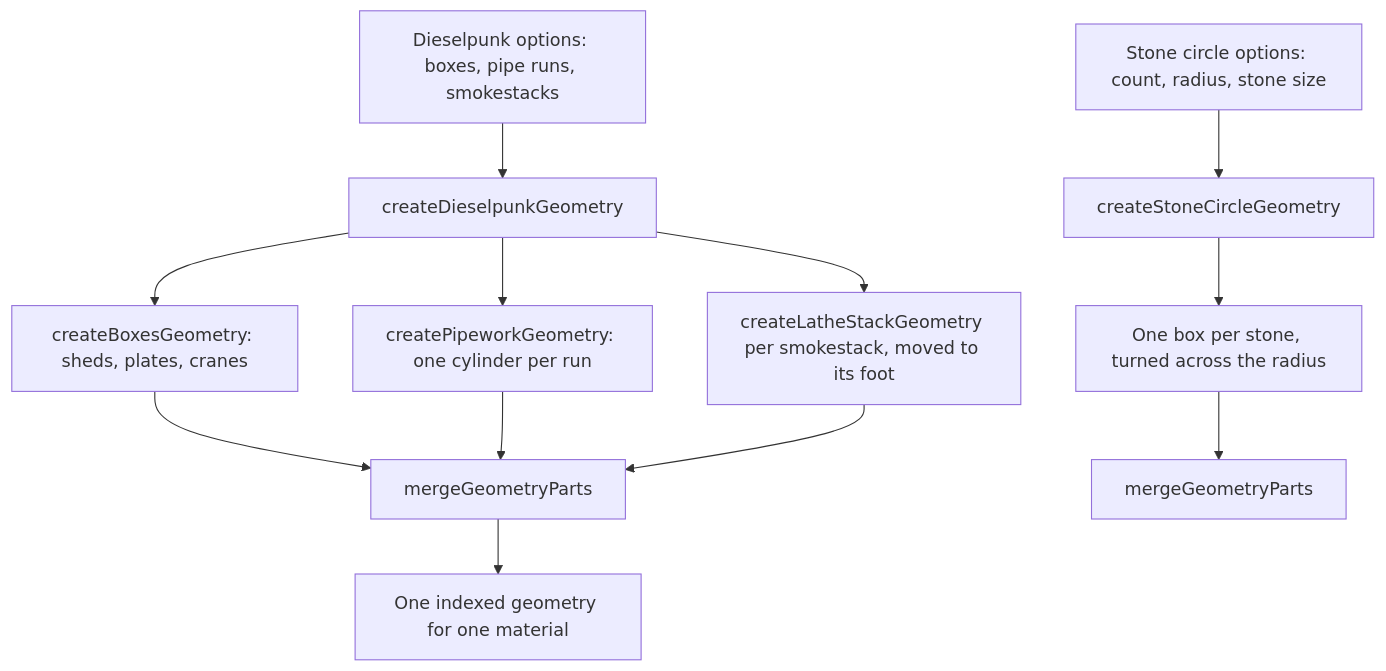
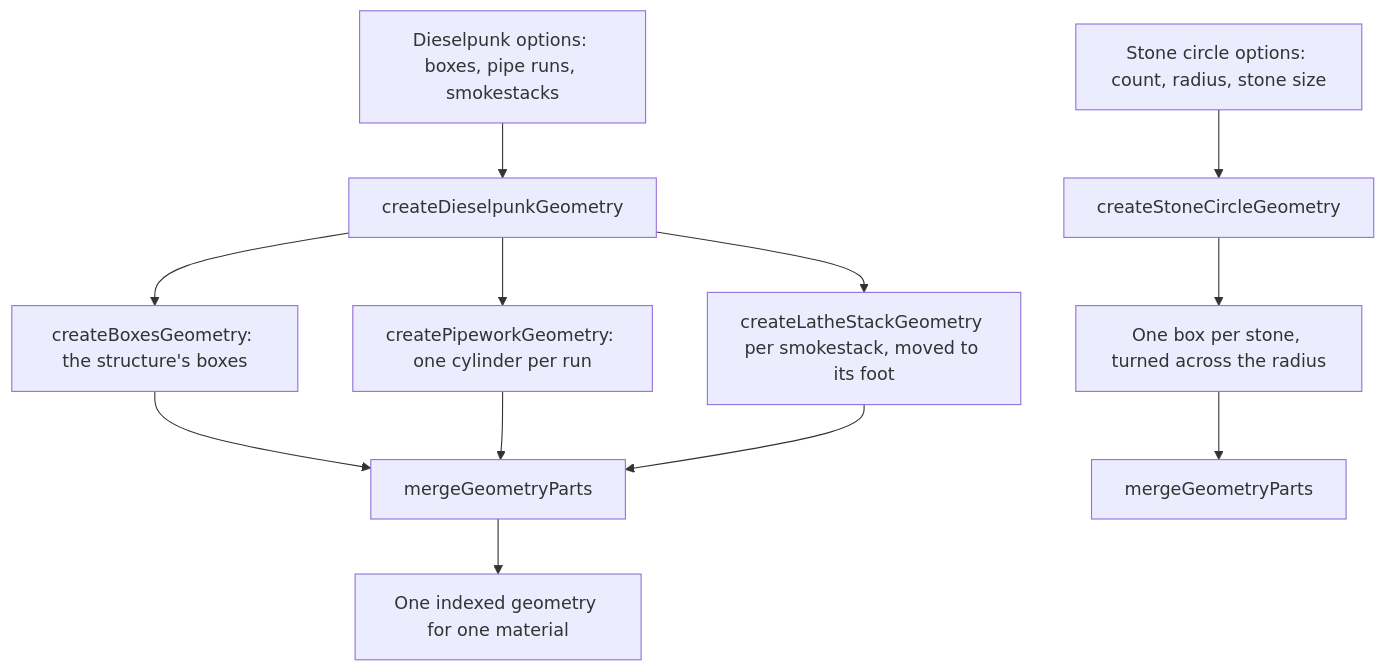
Before and after one commit to Esposter/Esposter: the diagram in openspec/specs/genshin/nod-krai-kits/design.md, drawn with Mermaid. The commit also changed other lines of this file, not shown here.

Commit message:
docs(genshin): nod-krai-kits/design.md keeps only the citations and open entries the sources on disk support
Corrects the body and flow diagram's createBoxesGeometry claim to what the engine file does (it merges the boxes it is given; it knows no sheds, plates or cranes), citing the file inline, so the body no longer states what the contradicted open line records.

Claude-Session: https://claude.ai/code/session_01N9fyvHLSRcD2rRNCt7jy1s

````diff
--- a/openspec/specs/genshin/nod-krai-kits/design.md
+++ b/openspec/specs/genshin/nod-krai-kits/design.md
@@ -7,14 +7,14 @@
 ```mermaid
 flowchart TD
   OPT[Dieselpunk options: boxes, pipe runs, smokestacks] --> DK[createDieselpunkGeometry]
-  DK --> BX[createBoxesGeometry: sheds, plates, cranes]
+  DK --> BX[createBoxesGeometry: the structure's boxes]
   DK --> PW[createPipeworkGeometry: one cylinder per run]
   DK --> SS[createLatheStackGeometry per smokestack, moved to its foot]
   BX --> MG[mergeGeometryParts]
   PW --> MG
   SS --> MG
   MG --> DG[One indexed geometry for one material]
   SC[Stone circle options: count, radius, stone size] --> SCK[createStoneCircleGeometry]
   SCK --> ST[One box per stone, turned across the radius]
   ST --> MG2[mergeGeometryParts]
 ```
````
